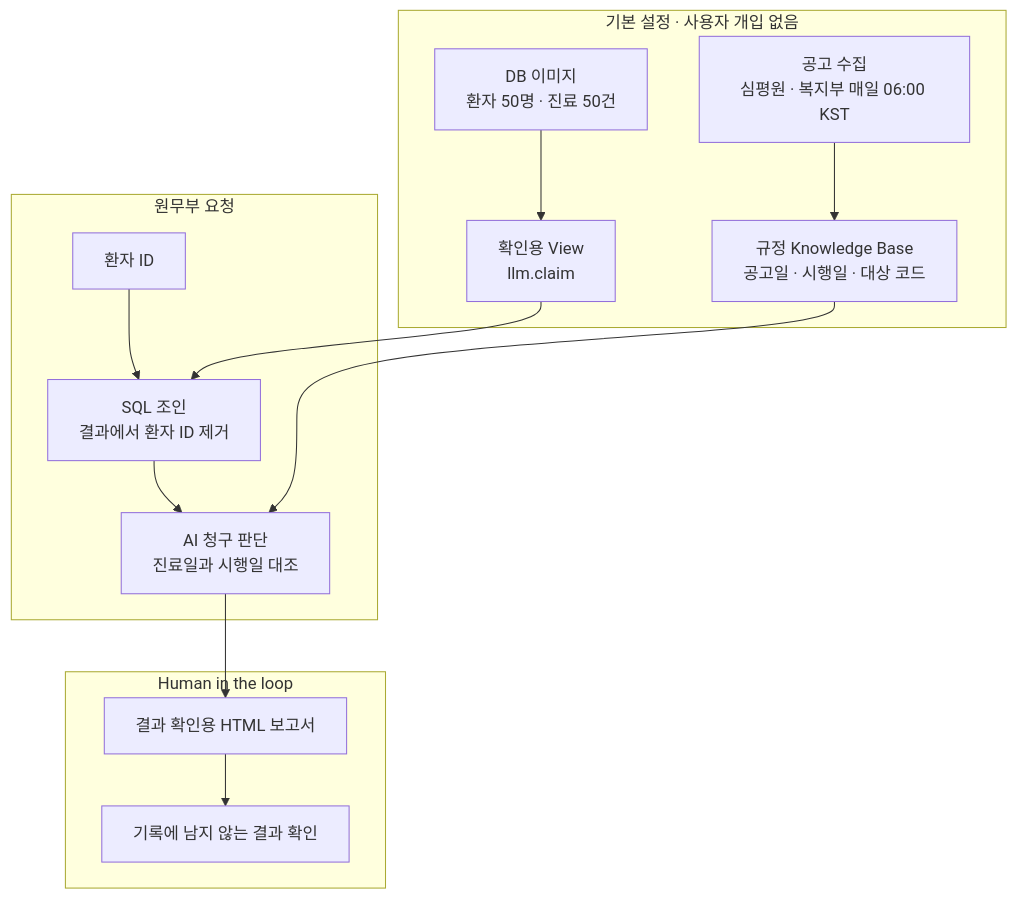
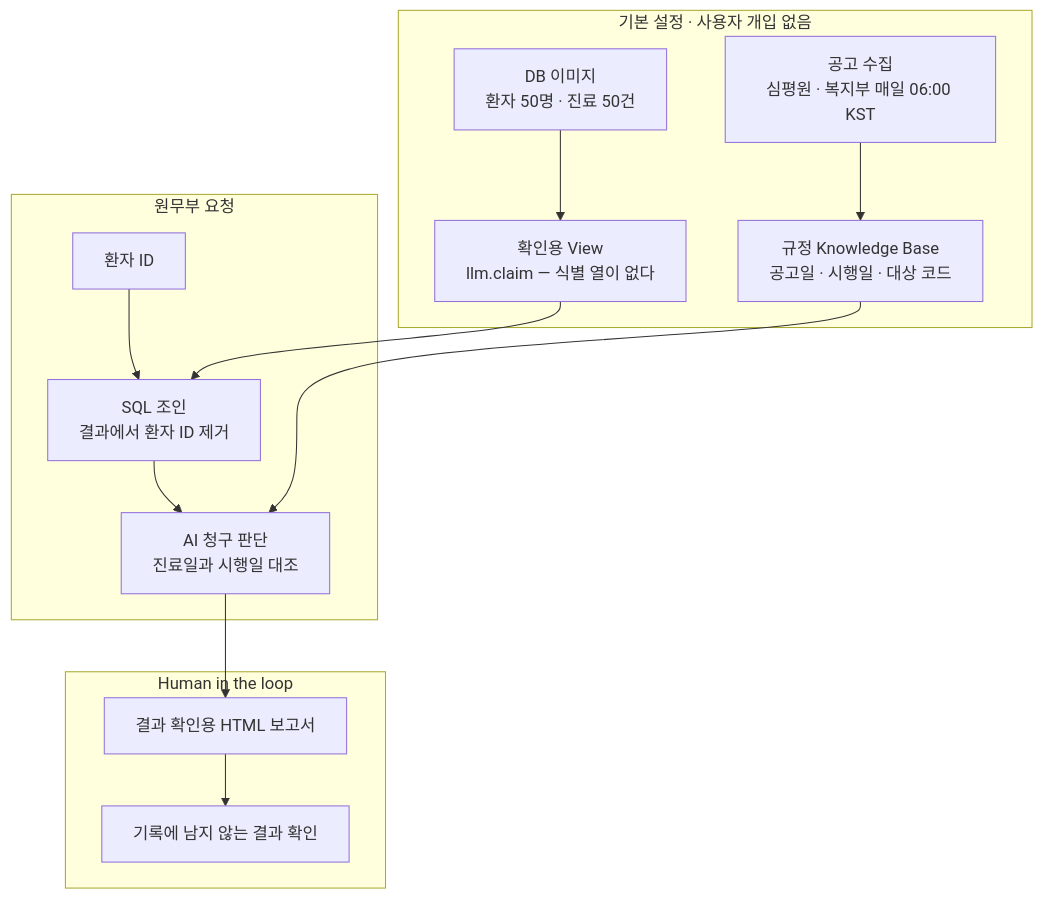
The diagram in README.md (t-hajongkim/hira-billing-copilot), drawn with Mermaid before and after one commit. The commit also changed other lines of this file, not shown here.

````diff
--- a/README.md
+++ b/README.md
@@ -12,23 +13,23 @@
 ```mermaid
 flowchart TD
     subgraph SETUP["기본 설정 · 사용자 개입 없음"]
         IMG["DB 이미지<br/>환자 50명 · 진료 50건"]
-        VIEW["확인용 View<br/>llm.claim"]
+        VIEW["확인용 View<br/>llm.claim — 식별 열이 없다"]
         SYNC["공고 수집<br/>심평원 · 복지부 매일 06:00 KST"]
         IMG --> VIEW
         SYNC --> KB["규정 Knowledge Base<br/>공고일 · 시행일 · 대상 코드"]
     end
 
     subgraph WORK["원무부 요청"]
         PID["환자 ID"] --> JOIN["SQL 조인<br/>결과에서 환자 ID 제거"]
         JOIN --> AI["AI 청구 판단<br/>진료일과 시행일 대조"]
     end
 
     subgraph HITL["Human in the loop"]
         REPORT["결과 확인용 HTML 보고서"] --> CHECK["기록에 남지 않는 결과 확인"]
     end
 
     VIEW --> JOIN
     KB --> AI
     AI --> REPORT
 ```
````
